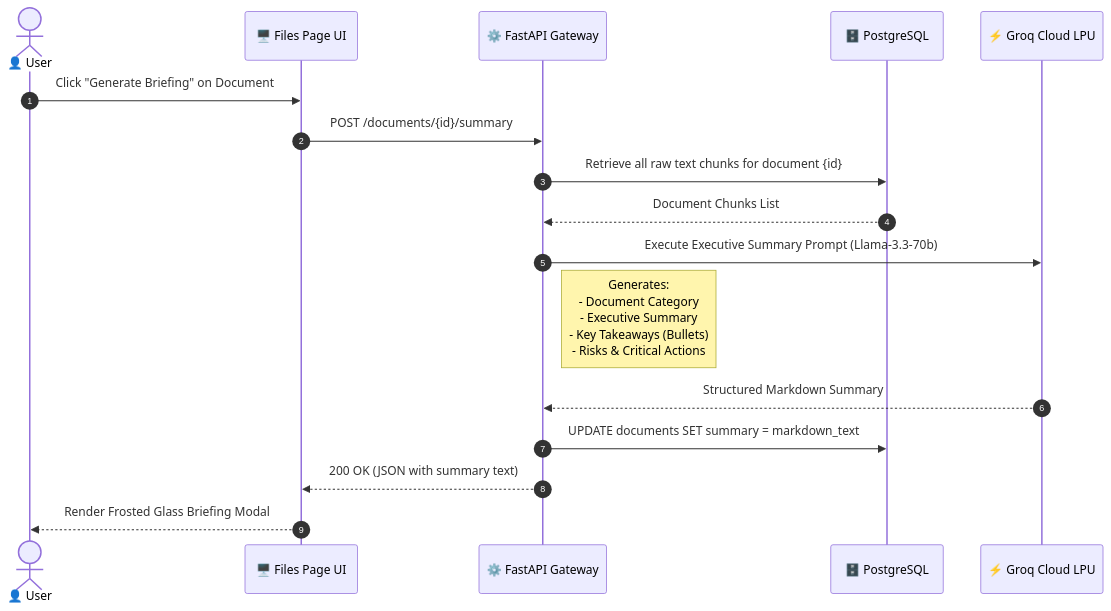
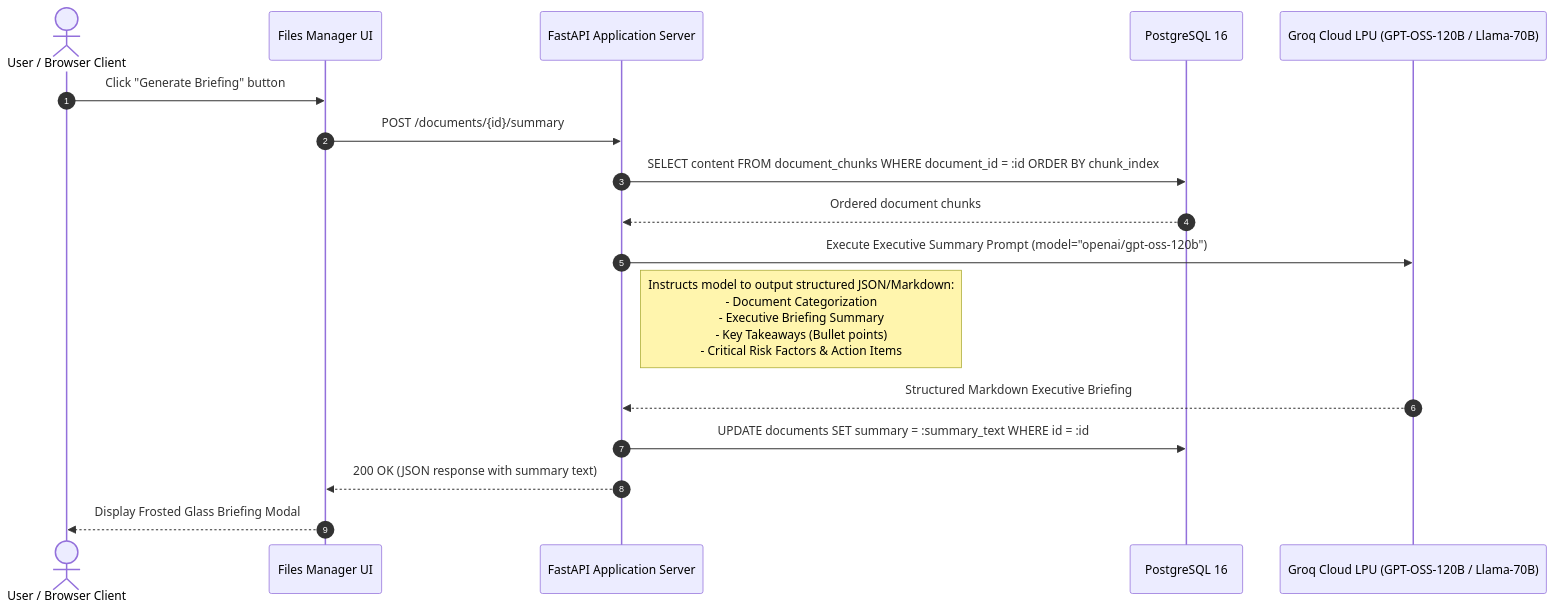
One commit to peprykstas-glitch/Vectrieve-Project changed the second of 3 diagrams in docs/architecture_sequence_diagram.md. Above: the diagram before and after it, drawn with Mermaid. The commit also changed other lines of this file, not shown here.

Commit message:
docs: formalize UML sequence diagrams with exact openai/gpt-oss-120b model, english language, and no emojis

````diff
--- a/docs/architecture_sequence_diagram.md
+++ b/docs/architecture_sequence_diagram.md
@@ -120,20 +127,20 @@
 ```mermaid
 sequenceDiagram
     autonumber
-    actor User as 👤 User
-    participant Frontend as 🖥️ Files Page UI
-    participant Gateway as ⚙️ FastAPI Gateway
-    participant Postgres as 🗄️ PostgreSQL
-    participant Groq as ⚡ Groq Cloud LPU
+    actor Client as User / Browser Client
+    participant Frontend as Files Manager UI
+    participant Gateway as FastAPI Application Server
+    participant Postgres as PostgreSQL 16
+    participant GroqCloud as Groq Cloud LPU (GPT-OSS-120B / Llama-70B)
 
-    User->>Frontend: Click "Generate Briefing" on Document
+    Client->>Frontend: Click "Generate Briefing" button
     Frontend->>Gateway: POST /documents/{id}/summary
-    Gateway->>Postgres: Retrieve all raw text chunks for document {id}
-    Postgres-->>Gateway: Document Chunks List
-    Gateway->>Groq: Execute Executive Summary Prompt (Llama-3.3-70b)
-    note right of Gateway: Generates:<br/>- Document Category<br/>- Executive Summary<br/>- Key Takeaways (Bullets)<br/>- Risks & Critical Actions
-    Groq-->>Gateway: Structured Markdown Summary
-    Gateway->>Postgres: UPDATE documents SET summary = markdown_text
-    Gateway-->>Frontend: 200 OK (JSON with summary text)
-    Frontend-->>User: Render Frosted Glass Briefing Modal
+    Gateway->>Postgres: SELECT content FROM document_chunks WHERE document_id = :id ORDER BY chunk_index
+    Postgres-->>Gateway: Ordered document chunks
+    Gateway->>GroqCloud: Execute Executive Summary Prompt (model="openai/gpt-oss-120b")
+    note right of Gateway: Instructs model to output structured JSON/Markdown:<br/>- Document Categorization<br/>- Executive Briefing Summary<br/>- Key Takeaways (Bullet points)<br/>- Critical Risk Factors & Action Items
+    GroqCloud-->>Gateway: Structured Markdown Executive Briefing
+    Gateway->>Postgres: UPDATE documents SET summary = :summary_text WHERE id = :id
+    Gateway-->>Frontend: 200 OK (JSON response with summary text)
+    Frontend-->>Client: Display Frosted Glass Briefing Modal
 ```
````
